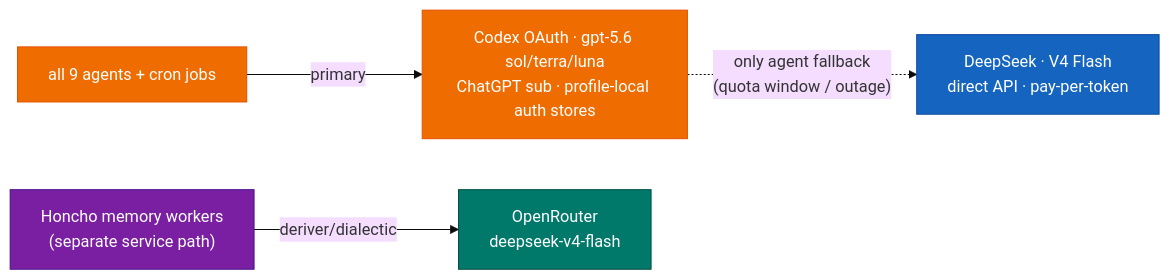
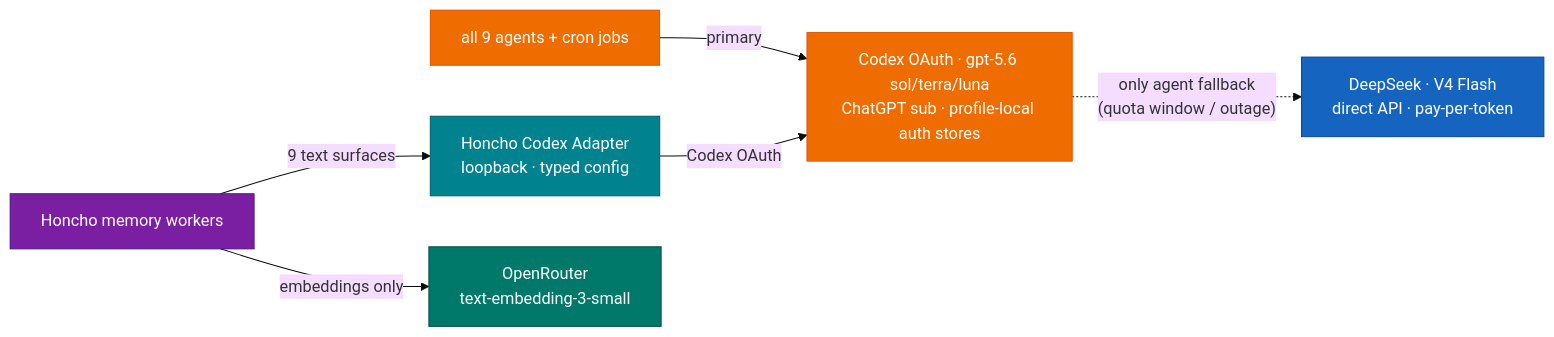
One commit to mpolatcan/hermes-setup changed the third of 5 diagrams in README.md. Above: the diagram before and after it, drawn with Mermaid (base theme). The commit also changed other lines of this file and 18 other files, not shown here.

Commit message:
Harden Honcho adapter compatibility boundary

````diff
--- a/README.md
+++ b/README.md
@@ -196,10 +199,13 @@
 ```mermaid
 flowchart LR
     all9["all 9 agents + cron jobs"]:::codex -->|primary| Codex["Codex OAuth · gpt-5.6 sol/terra/luna<br/>ChatGPT sub · profile-local auth stores"]:::codex
     Codex -. "only agent fallback<br/>(quota window / outage)" .-> DeepSeek["DeepSeek · V4 Flash<br/>direct API · pay-per-token"]:::fallback
-    Honcho["Honcho memory workers<br/>(separate service path)"]:::infra -->|deriver/dialectic| ORd["OpenRouter<br/>deepseek-v4-flash"]:::ext
+    Honcho["Honcho memory workers"]:::infra -->|"9 text surfaces"| HCA["Honcho Codex Adapter<br/>loopback · typed config"]:::svc
+    HCA -->|"Codex OAuth"| Codex
+    Honcho -->|"embeddings only"| ORd["OpenRouter<br/>text-embedding-3-small"]:::ext
     classDef codex fill:#EF6C00,stroke:#E65100,color:#fff
     classDef fallback fill:#1565C0,stroke:#0D47A1,color:#fff
     classDef ext fill:#00796B,stroke:#004D40,color:#fff
+    classDef svc fill:#00838F,stroke:#006064,color:#fff
     classDef infra fill:#7B1FA2,stroke:#4A148C,color:#fff
 ```
````
